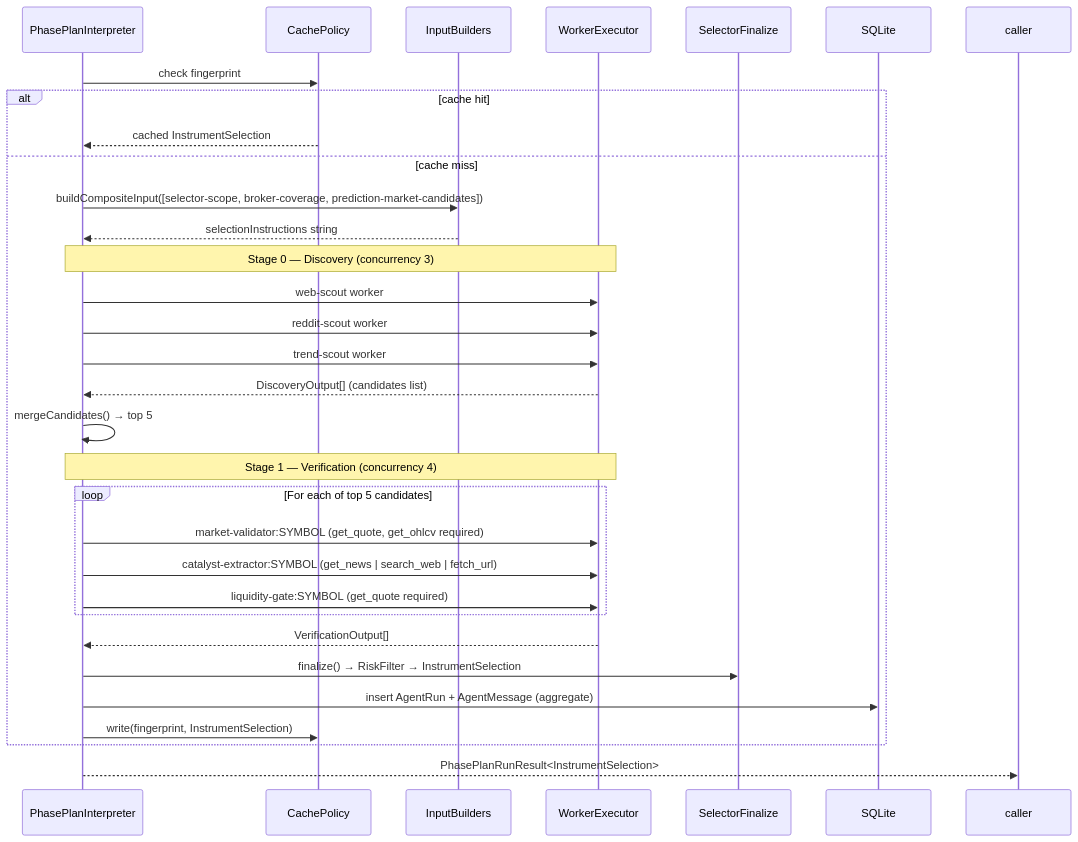
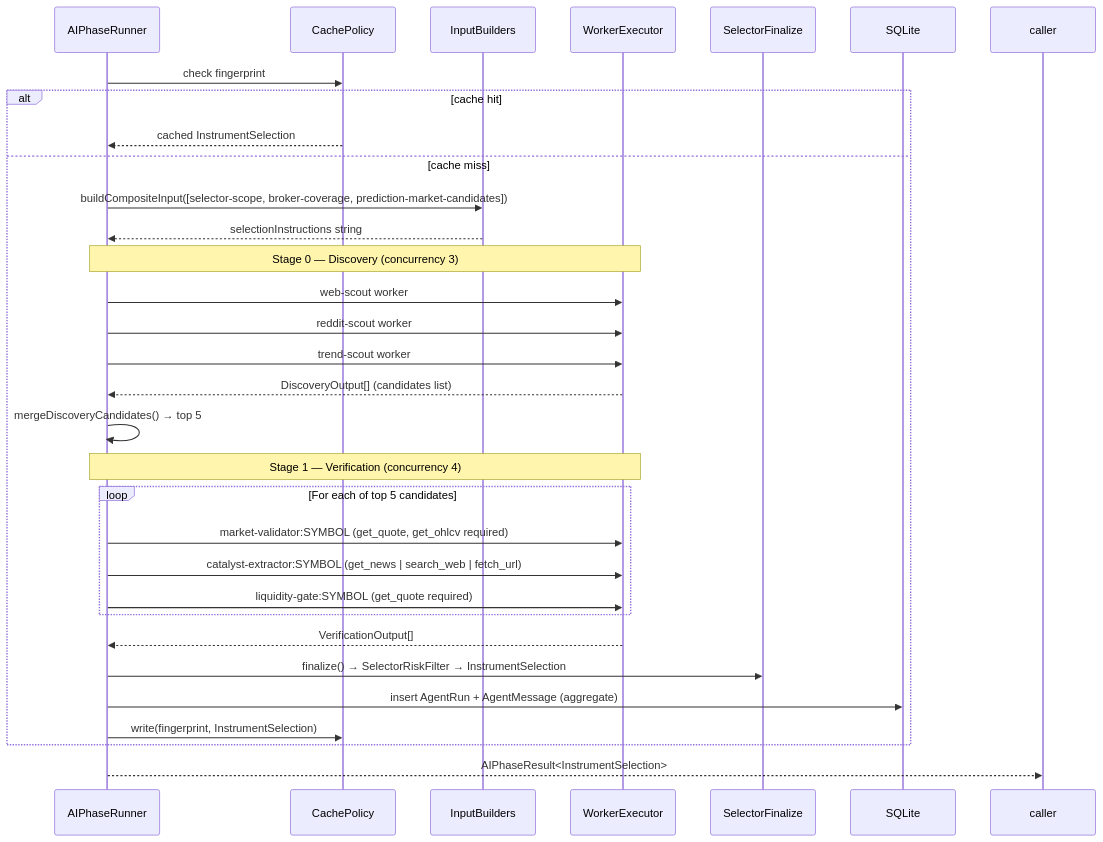
One commit to KennethAtchon/Exva changed the fifth of 10 diagrams in docs/architecture/pipeline-runtime.md. Above: the diagram before and after it, drawn with Mermaid. The commit also changed other lines of this file and 206 other files, not shown here.

````diff
--- a/docs/architecture/pipeline-runtime.md
+++ b/docs/architecture/pipeline-runtime.md
@@ -514,37 +514,37 @@
 ```mermaid
 sequenceDiagram
-    participant PPI as PhasePlanInterpreter
+    participant PPI as AIPhaseRunner
     participant CACHE as CachePolicy
     participant IB as InputBuilders
     participant WE as WorkerExecutor
     participant AGG as SelectorFinalize
     participant DB as SQLite
 
     PPI->>CACHE: check fingerprint
     alt cache hit
         CACHE-->>PPI: cached InstrumentSelection
     else cache miss
         PPI->>IB: buildCompositeInput([selector-scope, broker-coverage, prediction-market-candidates])
         IB-->>PPI: selectionInstructions string
 
         Note over PPI,WE: Stage 0 — Discovery (concurrency 3)
         PPI->>WE: web-scout worker
         PPI->>WE: reddit-scout worker
         PPI->>WE: trend-scout worker
         WE-->>PPI: DiscoveryOutput[] (candidates list)
-        PPI->>PPI: mergeCandidates() → top 5
+        PPI->>PPI: mergeDiscoveryCandidates() → top 5
 
         Note over PPI,WE: Stage 1 — Verification (concurrency 4)
         loop For each of top 5 candidates
             PPI->>WE: market-validator:SYMBOL (get_quote, get_ohlcv required)
             PPI->>WE: catalyst-extractor:SYMBOL (get_news | search_web | fetch_url)
             PPI->>WE: liquidity-gate:SYMBOL (get_quote required)
         end
         WE-->>PPI: VerificationOutput[]
 
-        PPI->>AGG: finalize() → RiskFilter → InstrumentSelection
+        PPI->>AGG: finalize() → SelectorRiskFilter → InstrumentSelection
         PPI->>DB: insert AgentRun + AgentMessage (aggregate)
         PPI->>CACHE: write(fingerprint, InstrumentSelection)
     end
-    PPI-->>caller: PhasePlanRunResult<InstrumentSelection>
+    PPI-->>caller: AIPhaseResult<InstrumentSelection>
 ```
````
